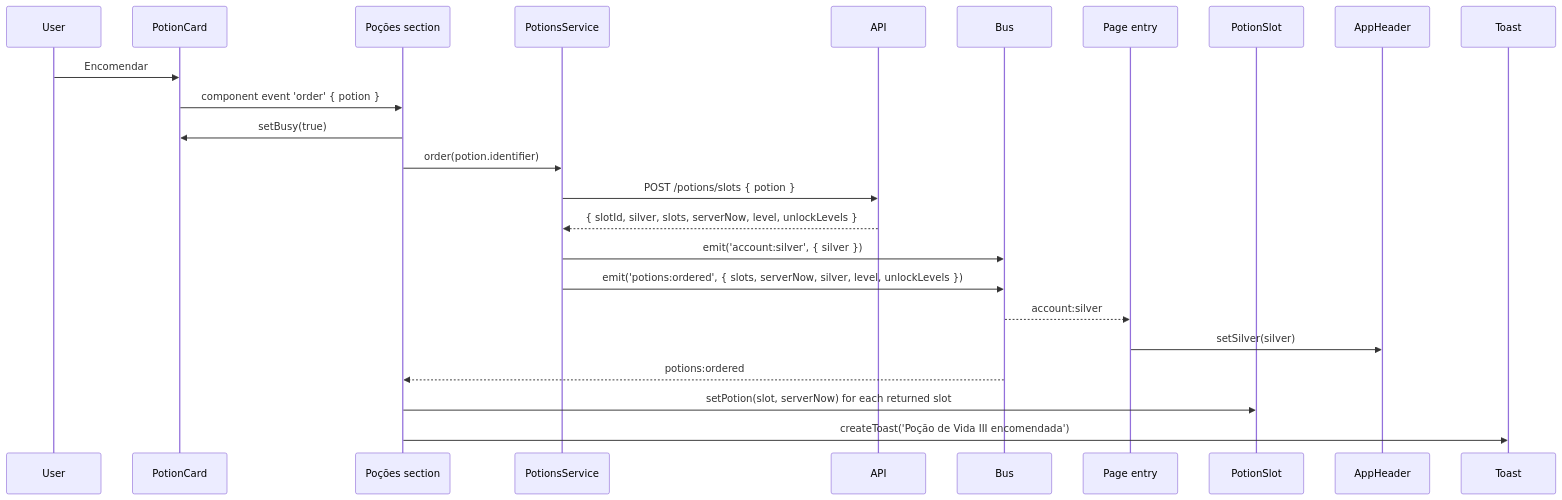
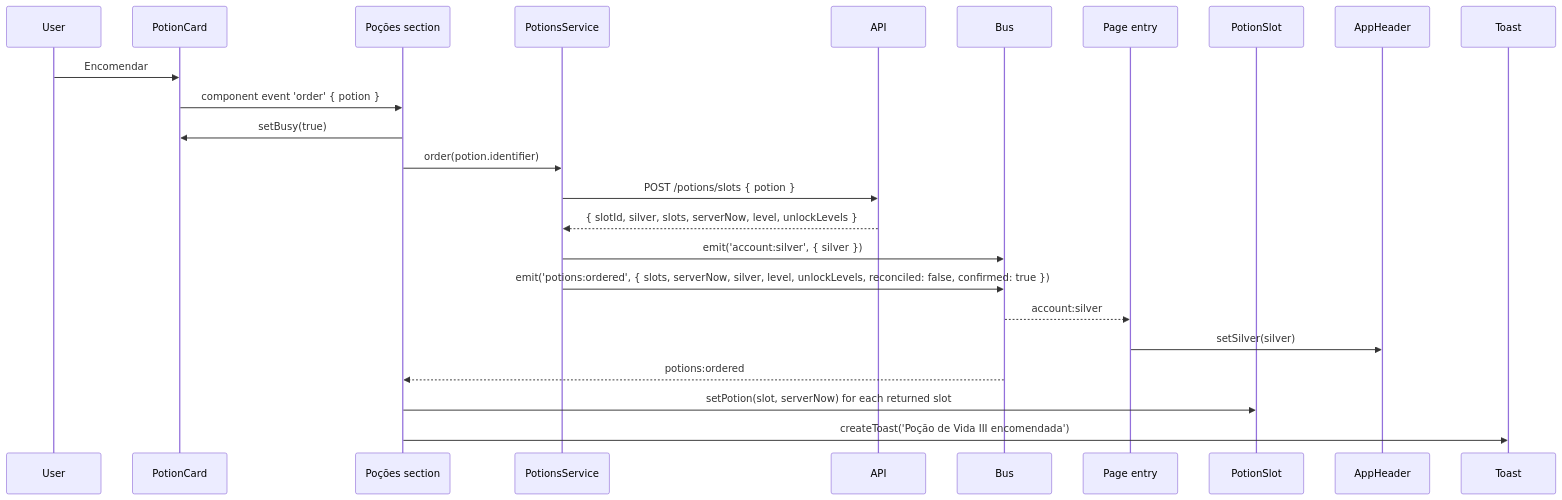
One commit to werlang/gladCode2 changed the seventh of 9 diagrams in docs/frontend/events.md. Above: the diagram before and after it, drawn with Mermaid. The commit also changed other lines of this file and 1 other file, not shown here.

````diff
--- a/docs/frontend/events.md
+++ b/docs/frontend/events.md
@@ -490,26 +490,26 @@
 ```mermaid
 sequenceDiagram
     participant User
     participant Card as PotionCard
     participant Section as Poções section
     participant Svc as PotionsService
     participant API
     participant Bus
     participant Shell as Page entry
     participant Slot as PotionSlot
     participant Header as AppHeader
     participant Toast
     User->>Card: Encomendar
     Card->>Section: component event 'order' { potion }
     Section->>Card: setBusy(true)
     Section->>Svc: order(potion.identifier)
     Svc->>API: POST /potions/slots { potion }
     API-->>Svc: { slotId, silver, slots, serverNow, level, unlockLevels }
     Svc->>Bus: emit('account:silver', { silver })
-    Svc->>Bus: emit('potions:ordered', { slots, serverNow, silver, level, unlockLevels })
+    Svc->>Bus: emit('potions:ordered', { slots, serverNow, silver, level, unlockLevels, reconciled: false, confirmed: true })
     Bus-->>Shell: account:silver
     Shell->>Header: setSilver(silver)
     Bus-->>Section: potions:ordered
     Section->>Slot: setPotion(slot, serverNow) for each returned slot
     Section->>Toast: createToast('Poção de Vida III encomendada')
 ```
````
